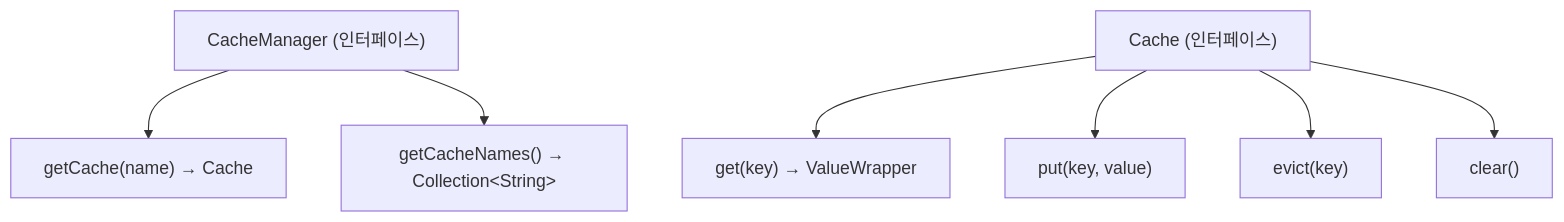
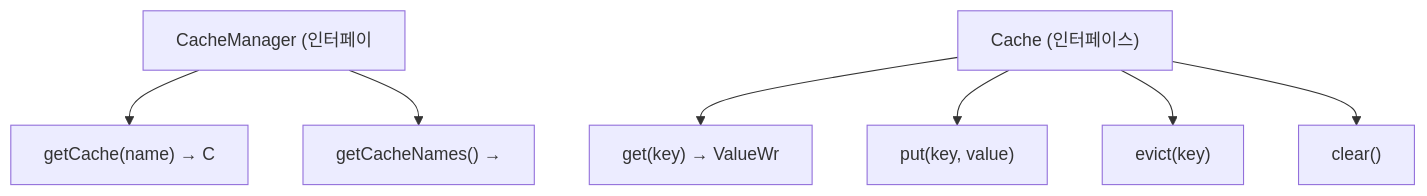
The second of 4 diagrams in _posts/localcache/2026-05-01-local-cache-comparison.md (yjkim2015/yjkim2015.github.io), drawn with Mermaid before and after one commit. The commit also changed other lines of this file and 271 other files, not shown here.

First line of the commit message:
Mermaid 라벨 축소: 긴 노드 텍스트 18자 이하로 트림 + \n 제거

````diff
--- a/_posts/localcache/2026-05-01-local-cache-comparison.md
+++ b/_posts/localcache/2026-05-01-local-cache-comparison.md
@@ -43,11 +43,11 @@
 ```mermaid
 graph TD
-    CM["CacheManager (인터페이스)"]
-    CM --> GC["getCache(name) → Cache"]
-    CM --> GCN["getCacheNames() → Collection&lt;String&gt;"]
+    CM["CacheManager (인터페이"]
+    CM --> GC["getCache(name) → C"]
+    CM --> GCN["getCacheNames() →"]
     C["Cache (인터페이스)"]
-    C --> CG["get(key) → ValueWrapper"]
+    C --> CG["get(key) → ValueWr"]
     C --> CP["put(key, value)"]
     C --> CE["evict(key)"]
     C --> CCL["clear()"]
 ```
````
